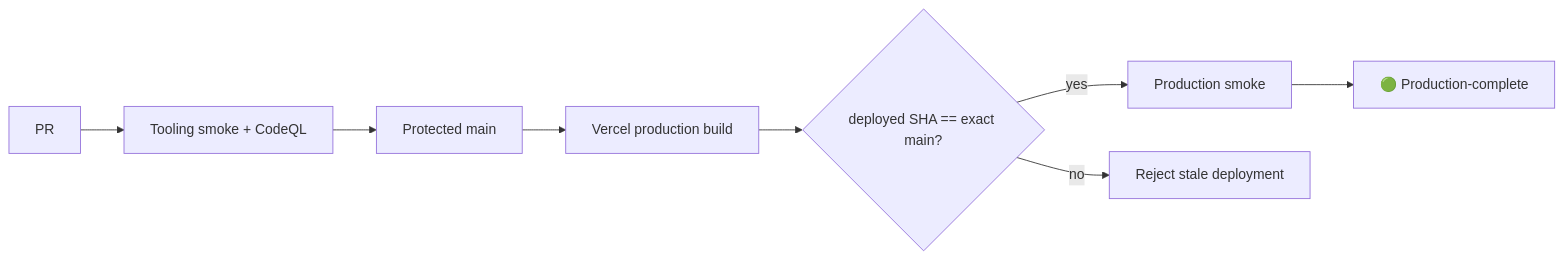
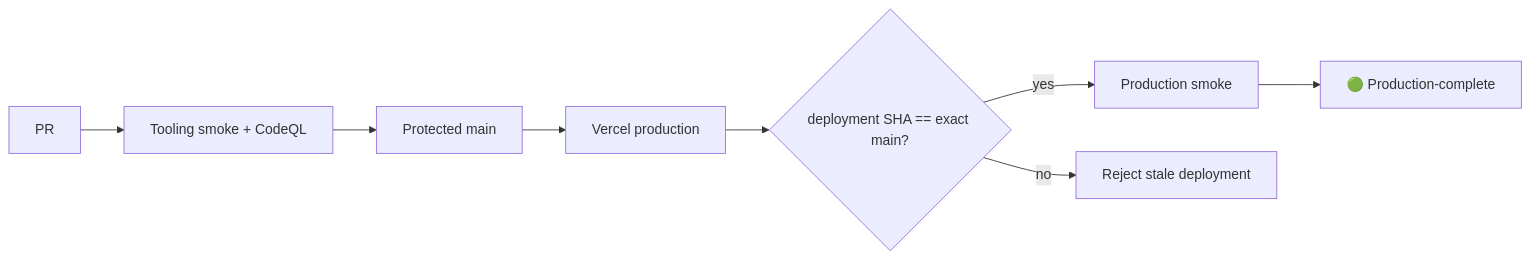
One commit to ger1e/cti-enrichment-gateway changed the third of 4 diagrams in README.md. Above: the diagram before and after it, drawn with Mermaid. The commit also changed other lines of this file, not shown here.

````diff
--- a/README.md
+++ b/README.md
@@ -256,10 +198,10 @@
 ```mermaid
 flowchart LR
     A[PR] --> B[Tooling smoke + CodeQL]
     B --> C[Protected main]
-    C --> D[Vercel production build]
-    D --> E{deployed SHA == exact main?}
+    C --> D[Vercel production]
+    D --> E{deployment SHA == exact main?}
     E -->|yes| F[Production smoke]
     E -->|no| X[Reject stale deployment]
     F --> G[🟢 Production-complete]
 ```
````
